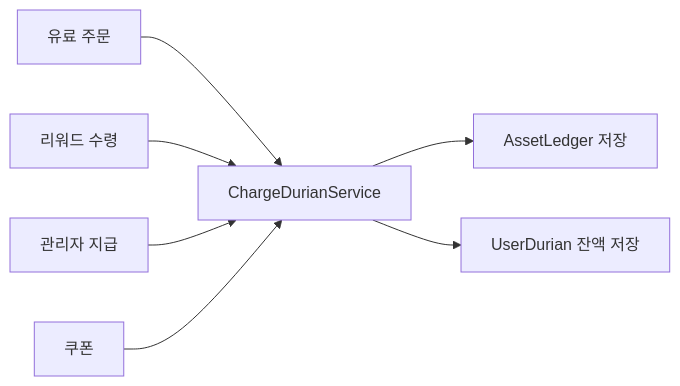
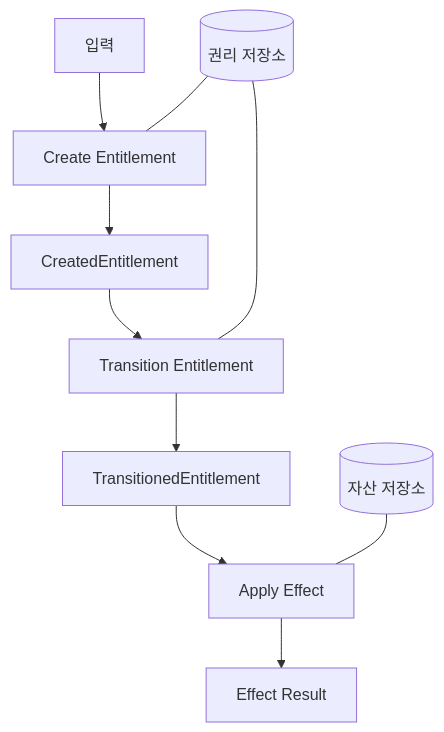
Before and after one commit to jiwon11/jiwon11.github.io: the third of 7 diagrams in _posts/2026-03-20-reward-creation-receipt-charge-responsibility.md, drawn with Mermaid. The commit also changed other lines of this file and 4 other files, not shown here.

```diff
--- a/_posts/2026-03-20-reward-creation-receipt-charge-responsibility.md
+++ b/_posts/2026-03-20-reward-creation-receipt-charge-responsibility.md
@@ -344,9 +136,13 @@
 ~~~mermaid
-flowchart LR
-    O["유료 주문"] --> C["ChargeDurianService"]
-    R["리워드 수령"] --> C
-    A["관리자 지급"] --> C
-    P["쿠폰"] --> C
-    C --> T["AssetLedger 저장"]
-    C --> U["UserDurian 잔액 저장"]
+flowchart TB
+    I["입력"] --> UC1["Create Entitlement"]
+    UC1 --> O1["CreatedEntitlement"]
+    O1 --> UC2["Transition Entitlement"]
+    UC2 --> O2["TransitionedEntitlement"]
+    O2 --> UC3["Apply Effect"]
+    UC3 --> O3["Effect Result"]
+
+    DB1[("권리 저장소")] --- UC1
+    DB1 --- UC2
+    DB2[("자산 저장소")] --- UC3
 ~~~
```
